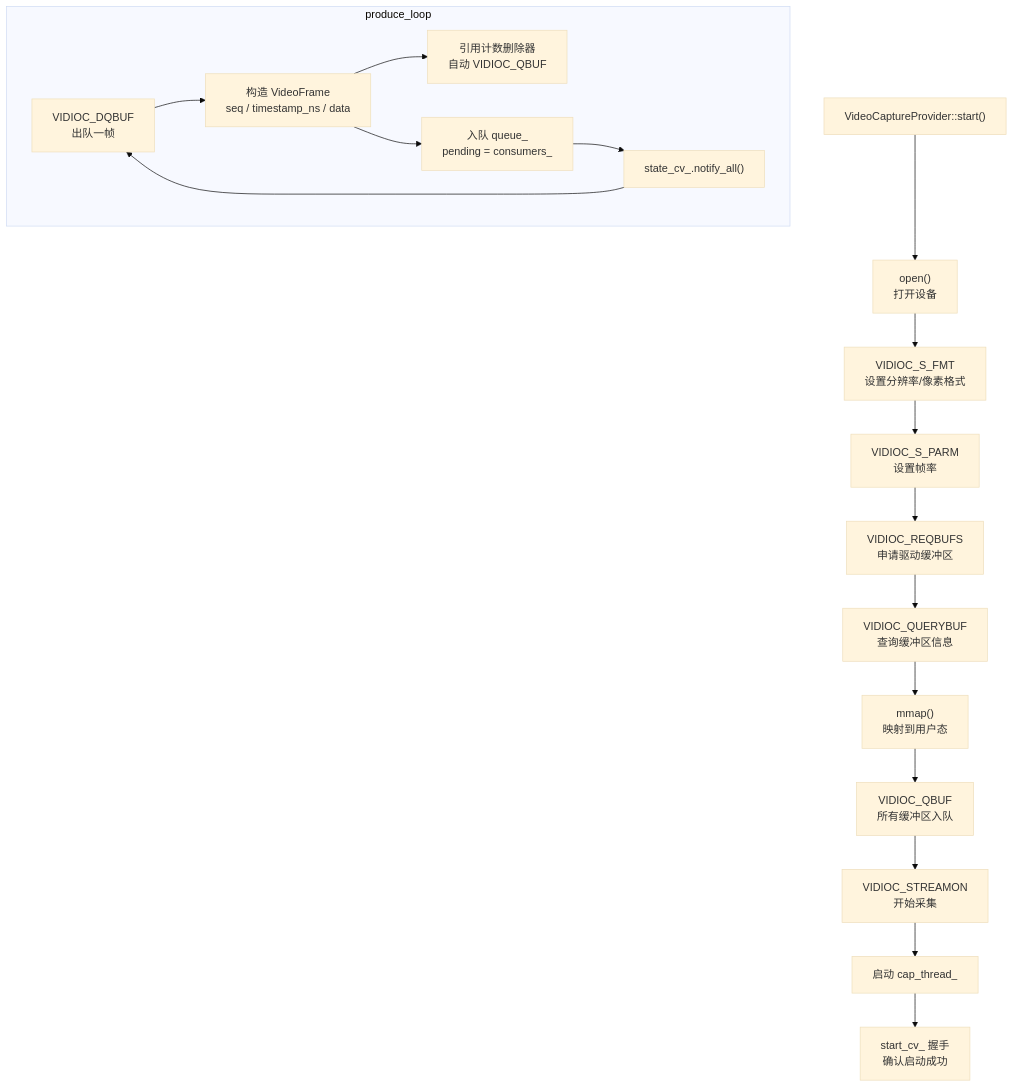
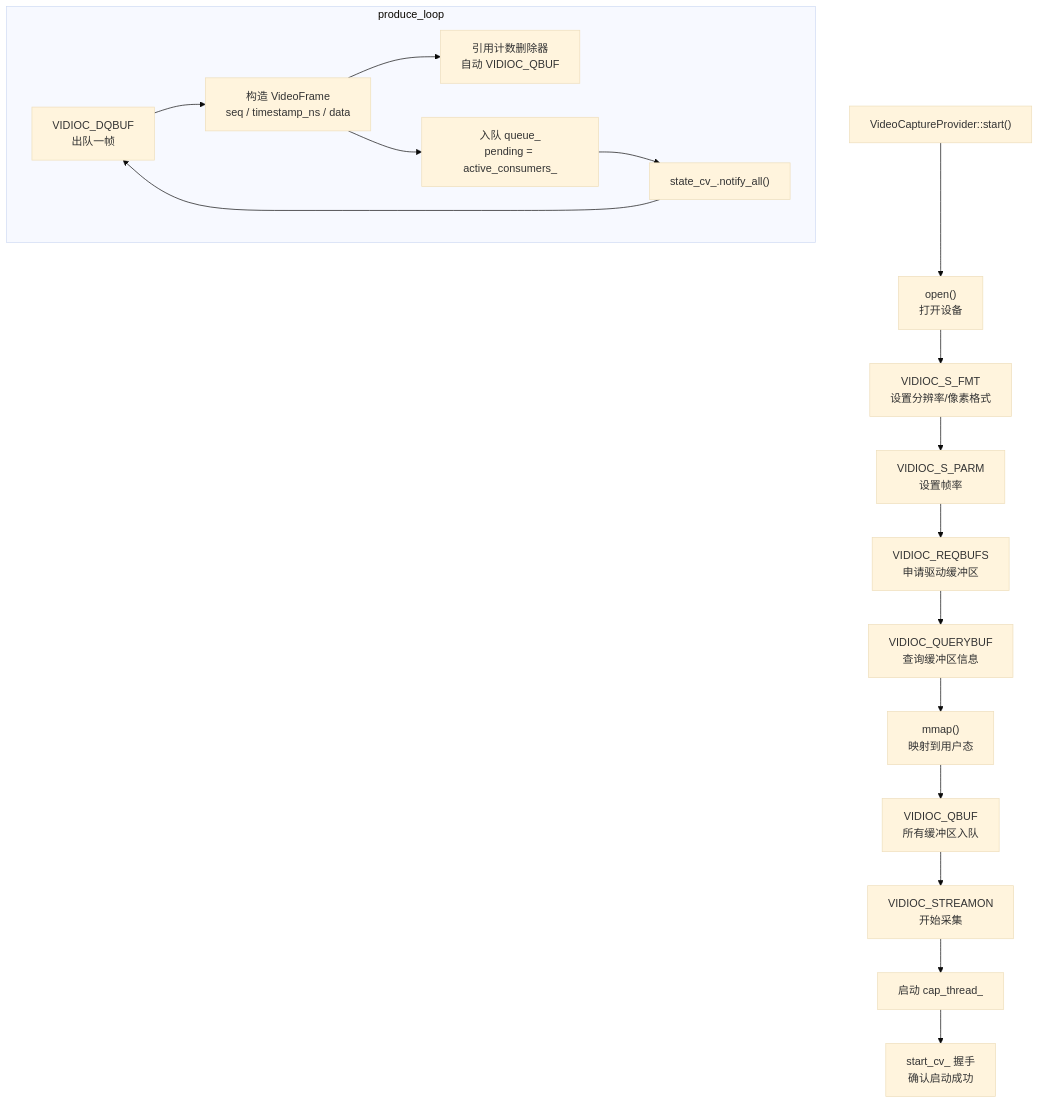
One commit to tsxuehu/pi-guard changed the first of 2 diagrams in docs/agent/视频采集技术文档.md. Above: the diagram before and after it, drawn with Mermaid (base theme). The commit also changed other lines of this file and 16 other files, not shown here.

First line of the commit message:
docs(encoder): 更新多消费者状态管理为 active_consumers_

````diff
--- a/docs/agent/视频采集技术文档.md
+++ b/docs/agent/视频采集技术文档.md
@@ -187,21 +170,21 @@
 ```mermaid
 graph TD
     START["VideoCaptureProvider::start()"] --> OPEN["open()<br/>打开设备"]
     OPEN --> SFMT["VIDIOC_S_FMT<br/>设置分辨率/像素格式"]
     SFMT --> SPARM["VIDIOC_S_PARM<br/>设置帧率"]
     SPARM --> REQBUF["VIDIOC_REQBUFS<br/>申请驱动缓冲区"]
     REQBUF --> QUERY["VIDIOC_QUERYBUF<br/>查询缓冲区信息"]
     QUERY --> MMAP["mmap()<br/>映射到用户态"]
     MMAP --> QBUF["VIDIOC_QBUF<br/>所有缓冲区入队"]
     QBUF --> STREAMON["VIDIOC_STREAMON<br/>开始采集"]
     STREAMON --> THREAD["启动 cap_thread_"]
     THREAD --> HANDSHAKE["start_cv_ 握手<br/>确认启动成功"]
 
     subgraph produce_loop
         DQBUF["VIDIOC_DQBUF<br/>出队一帧"] --> FRAME["构造 VideoFrame<br/>seq / timestamp_ns / data"]
         FRAME --> QBUF2["引用计数删除器<br/>自动 VIDIOC_QBUF"]
-        FRAME --> ENQ["入队 queue_<br/>pending = consumers_"]
+        FRAME --> ENQ["入队 queue_<br/>pending = active_consumers_"]
         ENQ --> NOTIFY["state_cv_.notify_all()"]
         NOTIFY --> DQBUF
     end
 ```
````
